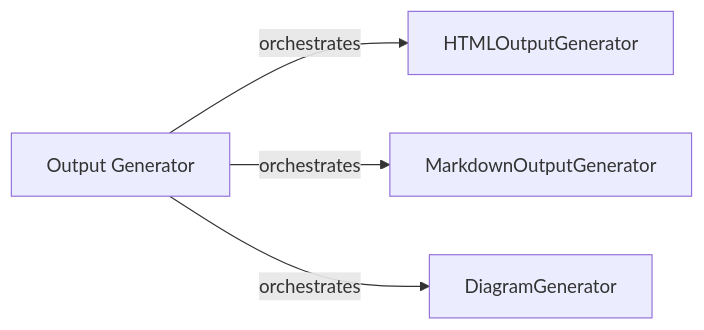
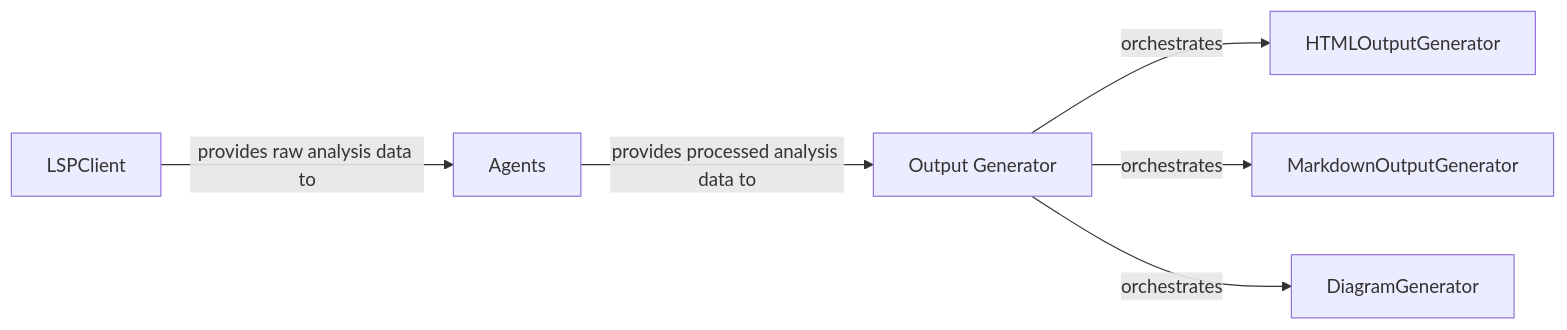
One commit to mariyam866/CodeBoarding changed the diagram in .codeboarding/Output_Generator.md. Above: the diagram before and after it, drawn with Mermaid. The commit also changed other lines of this file and 13 other files, not shown here.

First line of the commit message:
docs: update codeboarding documentation and generate architecture

````diff
--- a/.codeboarding/Output_Generator.md
+++ b/.codeboarding/Output_Generator.md
@@ -1,11 +1,15 @@
 ```mermaid
 graph LR
+    LSPClient["LSPClient"]
+    Agents["Agents"]
     Output_Generator["Output Generator"]
     HTMLOutputGenerator["HTMLOutputGenerator"]
     MarkdownOutputGenerator["MarkdownOutputGenerator"]
     DiagramGenerator["DiagramGenerator"]
+    LSPClient -- "provides raw analysis data to" --> Agents
+    Agents -- "provides processed analysis data to" --> Output_Generator
     Output_Generator -- "orchestrates" --> HTMLOutputGenerator
     Output_Generator -- "orchestrates" --> MarkdownOutputGenerator
     Output_Generator -- "orchestrates" --> DiagramGenerator
     click Output_Generator href "https://github.com/CodeBoarding/CodeBoarding/blob/main/.codeboarding/Output_Generator.md" "Details"
 ```
````
